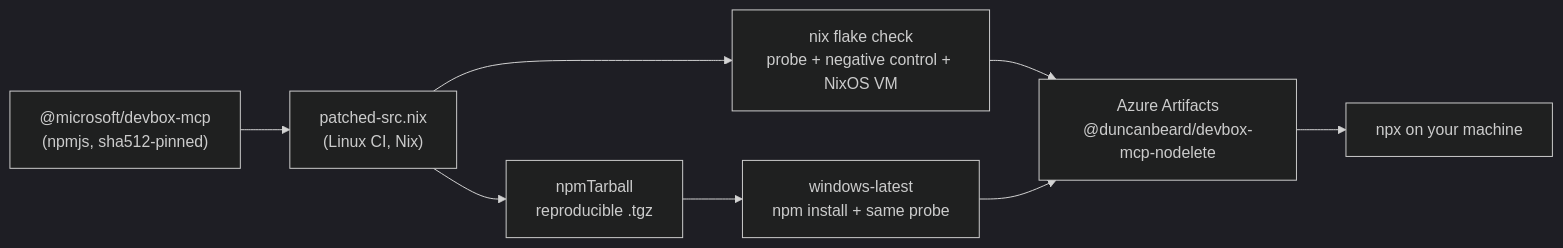
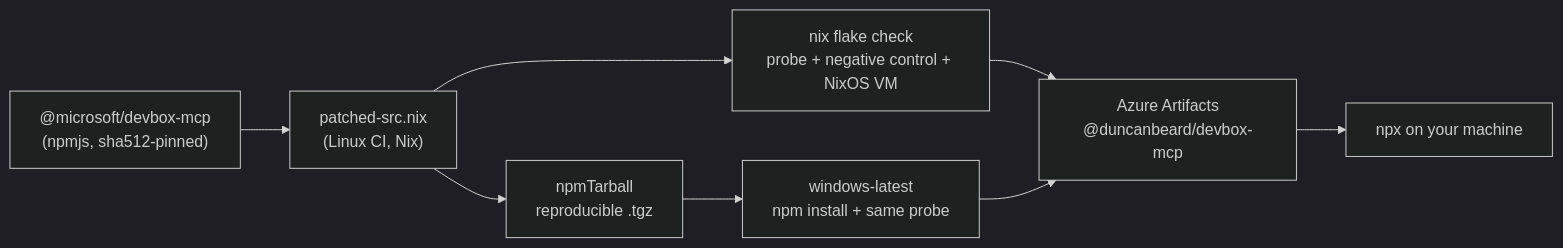
One commit to DuncanBeard/devbox-mcp changed the diagram in README.md. Above: the diagram before and after it, drawn with Mermaid (dark theme). The commit also changed other lines of this file and 1 other file, not shown here.

Commit message:
chore: publish as @duncanbeard/devbox-mcp

````diff
--- a/README.md
+++ b/README.md
@@ -100,10 +100,10 @@
 ```mermaid
 flowchart LR
     up["@microsoft/devbox-mcp<br/>(npmjs, sha512-pinned)"] --> src["patched-src.nix<br/>(Linux CI, Nix)"]
     src --> lin["nix flake check<br/>probe + negative control + NixOS VM"]
     src --> tgz["npmTarball<br/>reproducible .tgz"]
     tgz --> win["windows-latest<br/>npm install + same probe"]
     lin --> pub
-    win --> pub["Azure Artifacts<br/>@duncanbeard/devbox-mcp-nodelete"]
+    win --> pub["Azure Artifacts<br/>@duncanbeard/devbox-mcp"]
     pub --> npx["npx on your machine"]
 ```
````
